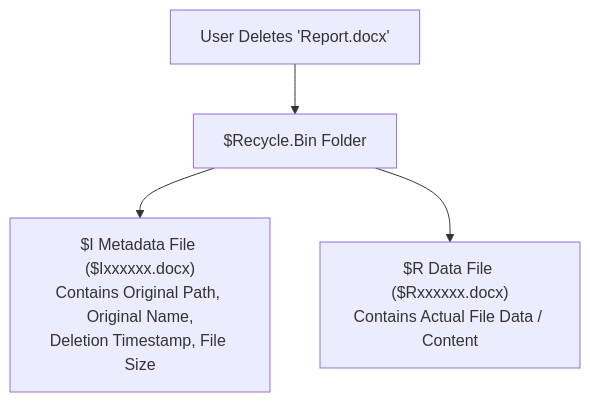
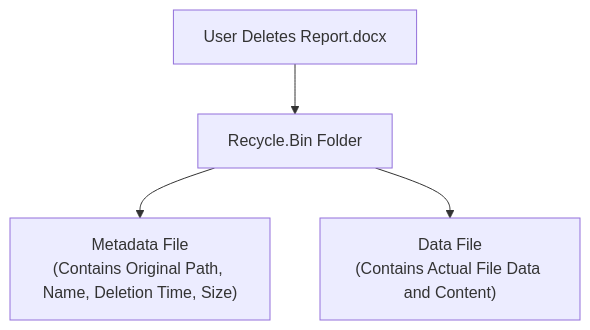
The tenth of 10 diagrams in Windows/Fundamentals/Chapter 03 — Windows File System & File Explorer.md (Kashif-Mashi/Blue-Team-Handbook), drawn with Mermaid before and after one commit. The commit also changed other lines of this file and 1 other file, not shown here.

````diff
--- a/Windows/Fundamentals/Chapter 03 — Windows File System & File Explorer.md
+++ b/Windows/Fundamentals/Chapter 03 — Windows File System & File Explorer.md
@@ -696,6 +696,6 @@
 ```mermaid
 flowchart TD
-    DeletedFile["User Deletes 'Report.docx'"] --> RecycleBin["$Recycle.Bin Folder"]
-    RecycleBin --> IFile["$I Metadata File ($Ixxxxxx.docx)<br/>Contains Original Path, Original Name,<br/>Deletion Timestamp, File Size"]
-    RecycleBin --> RFile["$R Data File ($Rxxxxxx.docx)<br/>Contains Actual File Data / Content"]
+    DeletedFile["User Deletes Report.docx"] --> RecycleBin["Recycle.Bin Folder"]
+    RecycleBin --> IFile["Metadata File<br>(Contains Original Path, Name, Deletion Time, Size)"]
+    RecycleBin --> RFile["Data File<br>(Contains Actual File Data and Content)"]
 ```
````
